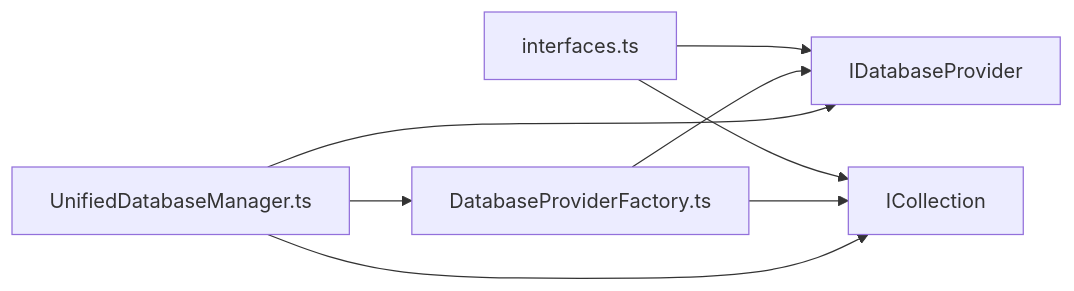
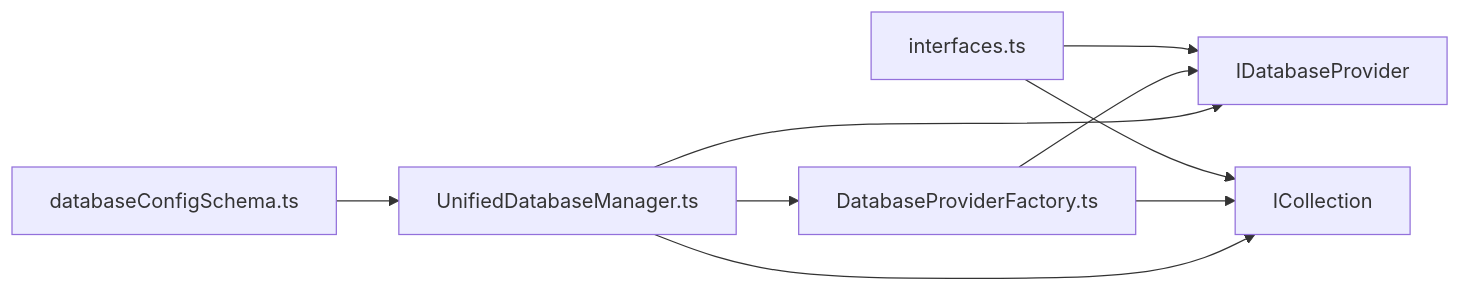
The seventh of 7 diagrams in .qoder/repowiki/en/content/Data Layer/Database Providers/SQLite Provider.md (geniusdynamics/schoolpilot), drawn with Mermaid before and after one commit. The commit also changed other lines of this file and 16 other files, not shown here.

````diff
--- a/.qoder/repowiki/en/content/Data Layer/Database Providers/SQLite Provider.md
+++ b/.qoder/repowiki/en/content/Data Layer/Database Providers/SQLite Provider.md
@@ -306,10 +330,11 @@
 ```mermaid
 graph LR
 Interfaces["interfaces.ts"] --> Provider["IDatabaseProvider"]
 Interfaces --> Collection["ICollection"]
 Factory["DatabaseProviderFactory.ts"] --> Provider
 Factory --> Collection
 Manager["UnifiedDatabaseManager.ts"] --> Factory
 Manager --> Provider
 Manager --> Collection
+Config["databaseConfigSchema.ts"] --> Manager
 ```
````
